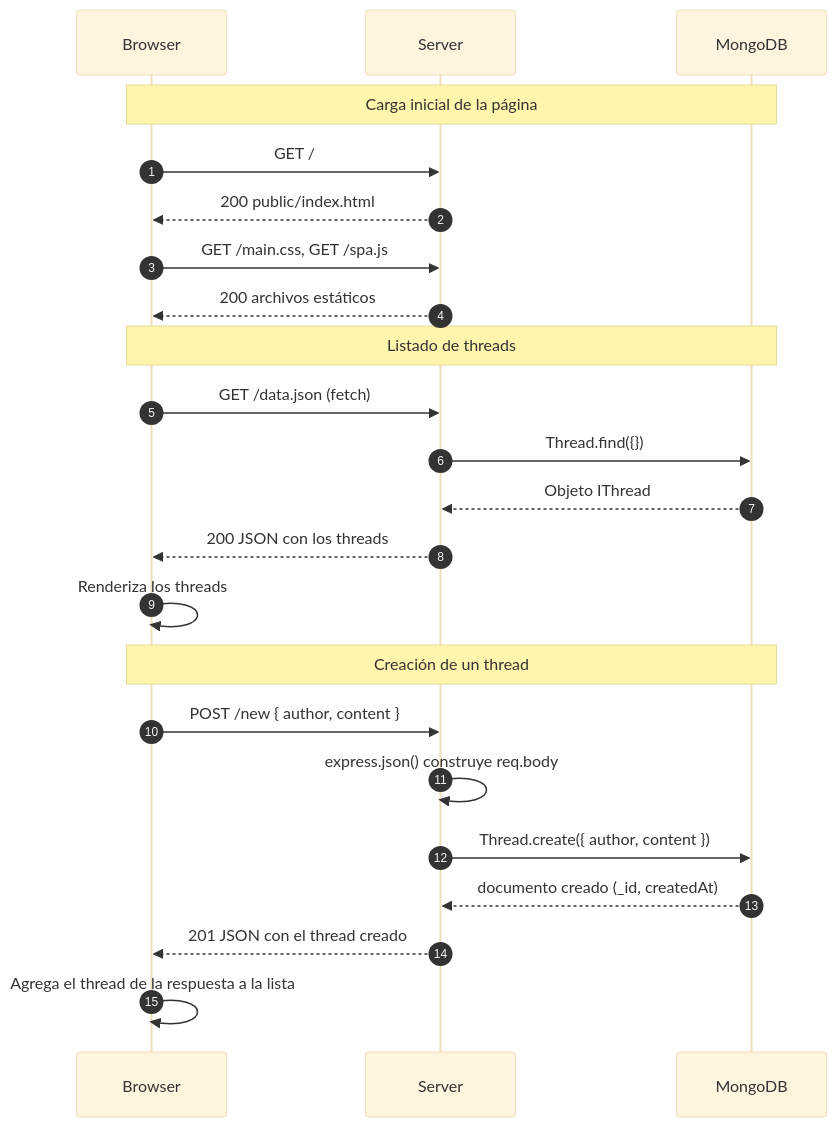
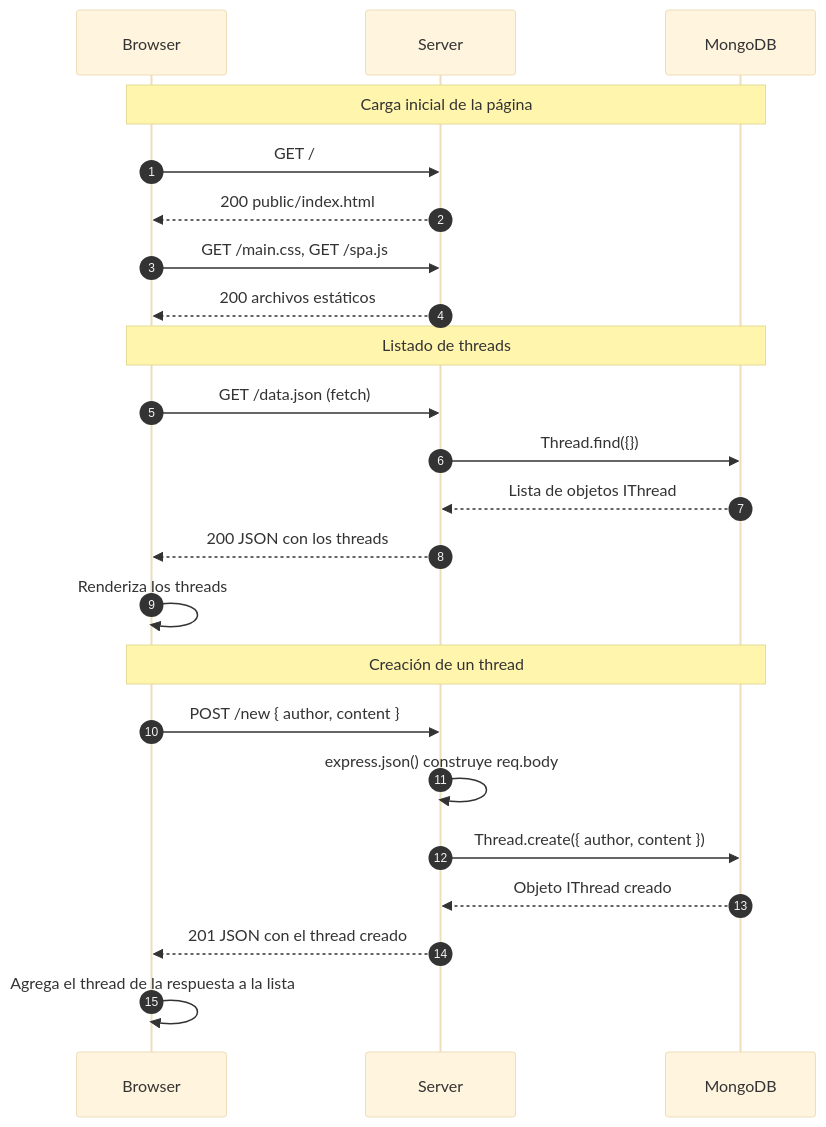
The diagram in laboratorio-2/README.md (MarSel0o0/Laboratorios-Reactivos), drawn with Mermaid (base theme) before and after one commit.

Commit message:
updated P6

````diff
--- a/laboratorio-2/README.md
+++ b/laboratorio-2/README.md
@@ -70,28 +70,28 @@
 ```mermaid
 sequenceDiagram
     autonumber
     participant B as Browser
     participant S as Server
     participant M as MongoDB
 
     Note over B,M: Carga inicial de la página
     B->>S: GET /
     S-->>B: 200 public/index.html
     B->>S: GET /main.css, GET /spa.js
     S-->>B: 200 archivos estáticos
 
     Note over B,M: Listado de threads
     B->>S: GET /data.json (fetch)
     S->>M: Thread.find({})
-    M-->>S: Objeto IThread
+    M-->>S: Lista de objetos IThread
     S-->>B: 200 JSON con los threads
     B->>B: Renderiza los threads
 
     Note over B,M: Creación de un thread
     B->>S: POST /new { author, content }
     S->>S: express.json() construye req.body
     S->>M: Thread.create({ author, content })
-    M-->>S: documento creado (_id, createdAt)
+    M-->>S: Objeto IThread creado
     S-->>B: 201 JSON con el thread creado
     B->>B: Agrega el thread de la respuesta a la lista
 ```
````
